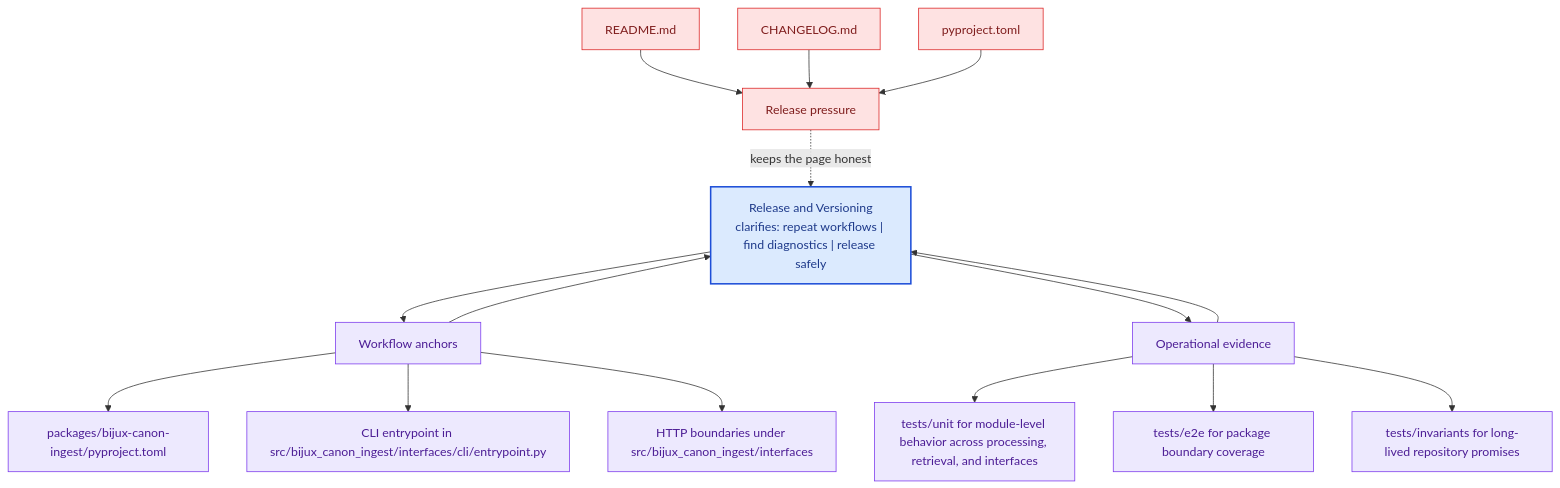
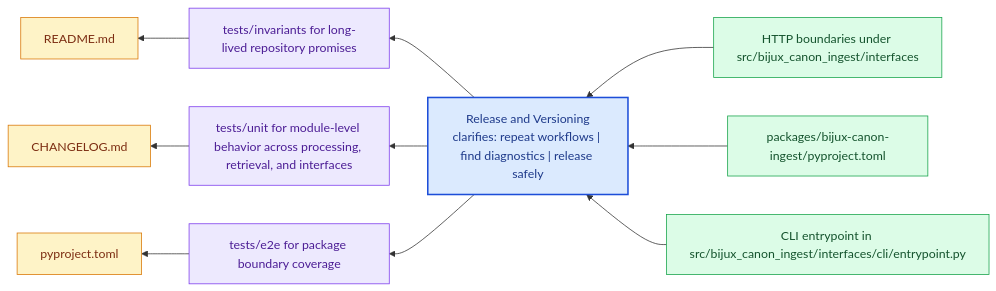
One commit to bijux/bijux-canon changed the diagram in docs/bijux-canon-ingest/operations/release-and-versioning.md. Above: the diagram before and after it, drawn with Mermaid. The commit also changed other lines of this file and 281 other files, not shown here.

Commit message:
docs(diagrams): replace repeated mermaid scaffolds with page-specific summaries

````diff
--- a/docs/bijux-canon-ingest/operations/release-and-versioning.md
+++ b/docs/bijux-canon-ingest/operations/release-and-versioning.md
@@ -68,41 +23,31 @@
 ```mermaid
-flowchart TB
-    promise["Release and Versioning<br/>clarifies: repeat workflows | find diagnostics | release safely"]
-    classDef promise fill:#dbeafe,stroke:#1d4ed8,color:#1e3a8a,stroke-width:2px;
-    classDef driver fill:#dcfce7,stroke:#16a34a,color:#14532d;
-    classDef constraint fill:#fee2e2,stroke:#dc2626,color:#7f1d1d;
-    classDef ground fill:#ede9fe,stroke:#7c3aed,color:#4c1d95;
-    focus1["Workflow anchors"]
-    focus1 --> promise
-    promise --> focus1
-    focus1_1["packages/bijux-canon-ingest/pyproject.toml"]
-    focus1 --> focus1_1
-    focus1_2["CLI entrypoint in src/bijux_canon_ingest/interfaces/cli/entrypoint.py"]
-    focus1 --> focus1_2
-    focus1_3["HTTP boundaries under src/bijux_canon_ingest/interfaces"]
-    focus1 --> focus1_3
-    class focus1 ground;
-    class focus1_1,focus1_2,focus1_3 ground;
-    focus2["Operational evidence"]
-    focus2 --> promise
-    promise --> focus2
-    focus2_1["tests/unit for module-level behavior across processing, retrieval, and interfaces"]
-    focus2 --> focus2_1
-    focus2_2["tests/e2e for package boundary coverage"]
-    focus2 --> focus2_2
-    focus2_3["tests/invariants for long-lived repository promises"]
-    focus2 --> focus2_3
-    class focus2 ground;
-    class focus2_1,focus2_2,focus2_3 ground;
-    focus3["Release pressure"]
-    focus3 -.keeps the page honest.-> promise
-    focus3_1["README.md"]
-    focus3_1 --> focus3
-    focus3_2["CHANGELOG.md"]
-    focus3_2 --> focus3
-    focus3_3["pyproject.toml"]
-    focus3_3 --> focus3
-    class focus3 constraint;
-    class focus3_1,focus3_2,focus3_3 constraint;
-    class promise promise;
+flowchart RL
+    page["Release and Versioning<br/>clarifies: repeat workflows | find diagnostics | release safely"]
+    classDef page fill:#dbeafe,stroke:#1d4ed8,color:#1e3a8a,stroke-width:2px;
+    classDef positive fill:#dcfce7,stroke:#16a34a,color:#14532d;
+    classDef caution fill:#fee2e2,stroke:#dc2626,color:#7f1d1d;
+    classDef anchor fill:#ede9fe,stroke:#7c3aed,color:#4c1d95;
+    classDef action fill:#fef3c7,stroke:#d97706,color:#7c2d12;
+    step1["HTTP boundaries under src/bijux_canon_ingest/interfaces"]
+    step1 --> page
+    step2["packages/bijux-canon-ingest/pyproject.toml"]
+    step2 --> page
+    step3["CLI entrypoint in src/bijux_canon_ingest/interfaces/cli/entrypoint.py"]
+    step3 --> page
+    run1["tests/invariants for long-lived repository promises"]
+    page --> run1
+    run2["tests/unit for module-level behavior across processing, retrieval, and interfaces"]
+    page --> run2
+    run3["tests/e2e for package boundary coverage"]
+    page --> run3
+    release1["README.md"]
+    run1 --> release1
+    release2["CHANGELOG.md"]
+    run2 --> release2
+    release3["pyproject.toml"]
+    run3 --> release3
+    class page page;
+    class step1,step2,step3 positive;
+    class run1,run2,run3 anchor;
+    class release1,release2,release3 action;
 ```
````
